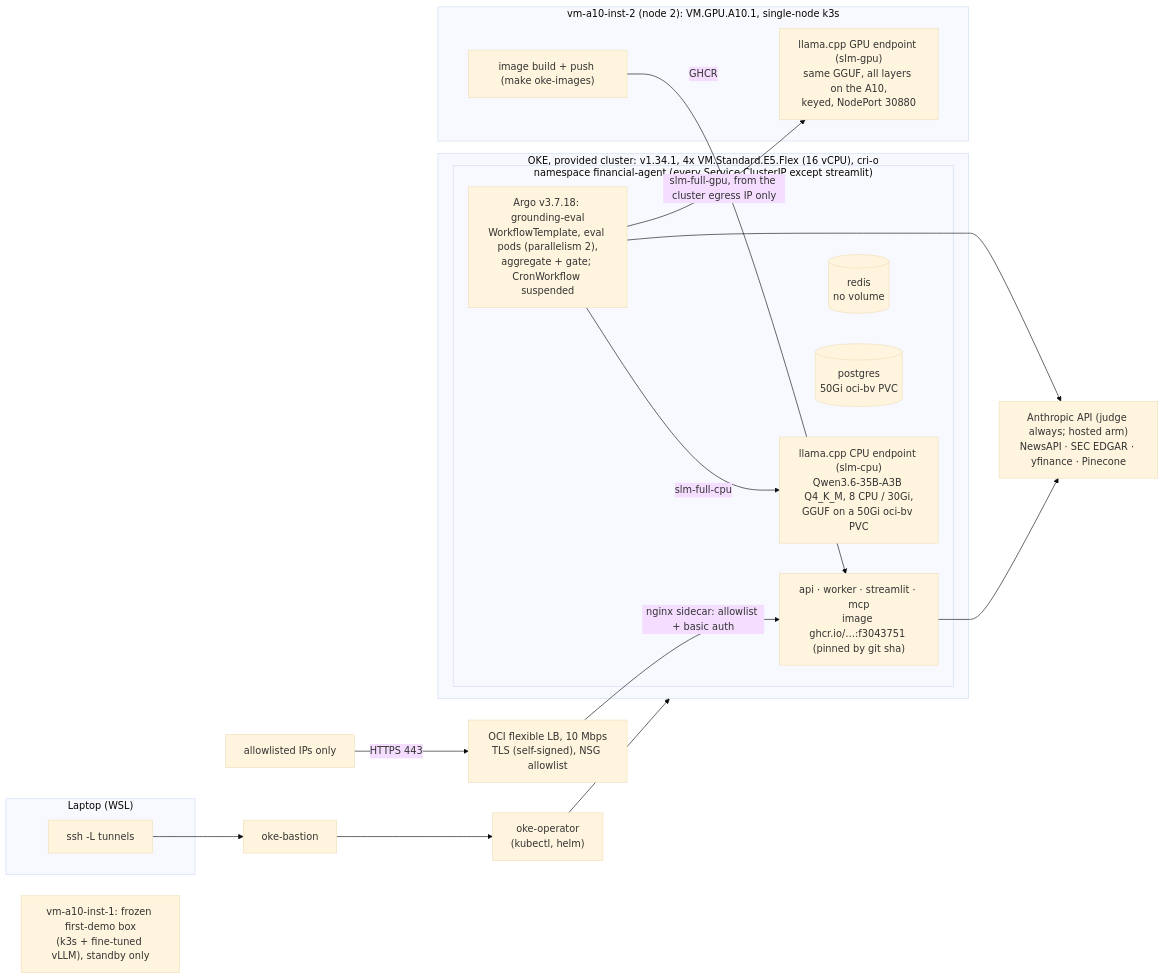
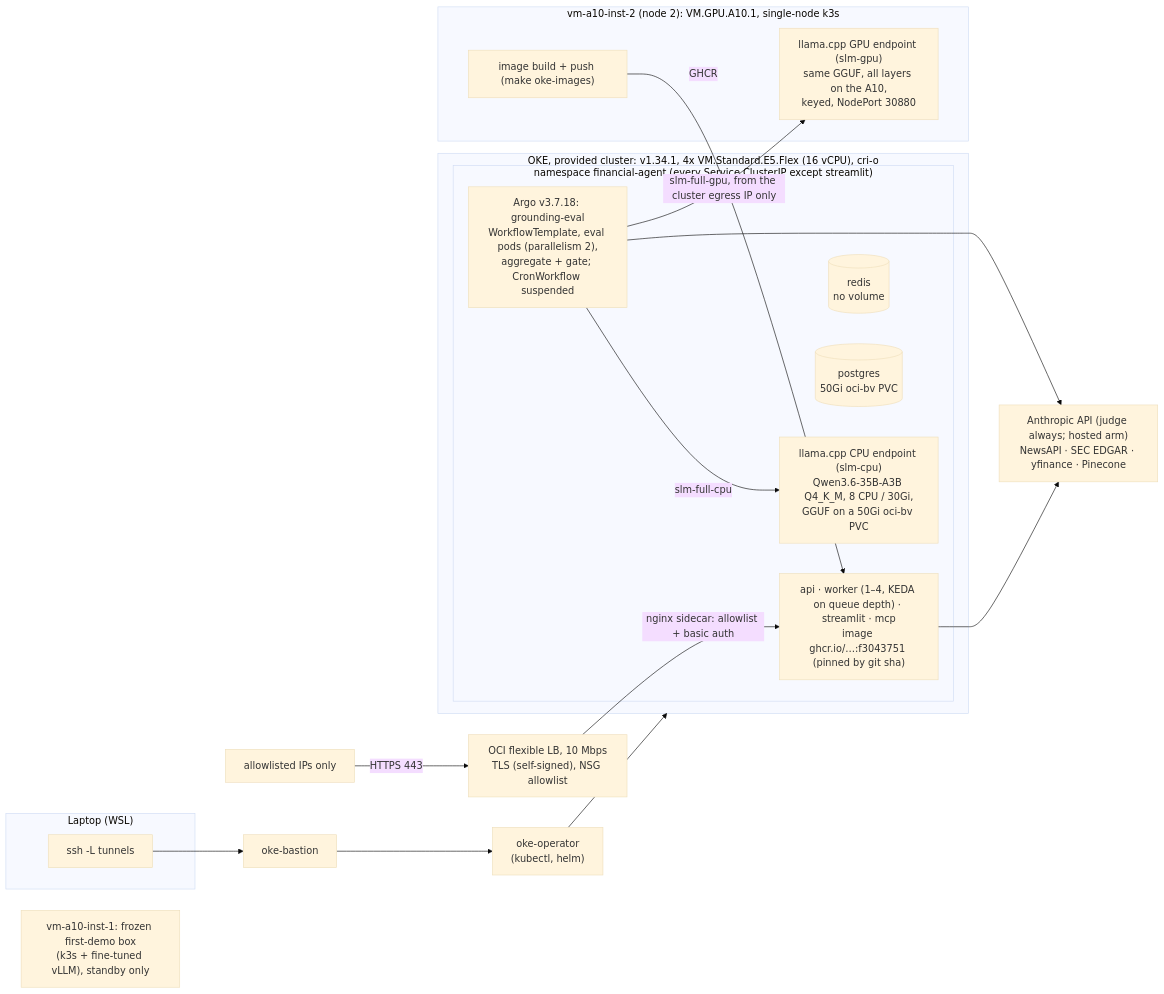
Before and after one commit to schen9999/financial-agent: the second of 3 diagrams in docs/architecture.md, drawn with Mermaid (base theme). The commit also changed other lines of this file and 15 other files, not shown here.

````diff
--- a/docs/architecture.md
+++ b/docs/architecture.md
@@ -97,34 +97,34 @@
 ```mermaid
 flowchart LR
     subgraph laptop ["Laptop (WSL)"]
         ssh["ssh -L tunnels"]
     end
     bastion["oke-bastion"] --> operator["oke-operator<br/>(kubectl, helm)"]
     ssh --> bastion
 
     subgraph oke ["OKE, provided cluster: v1.34.1, 4x VM.Standard.E5.Flex (16 vCPU), cri-o"]
         subgraph ns ["namespace financial-agent (every Service ClusterIP except streamlit)"]
-            app["api · worker · streamlit · mcp<br/>image ghcr.io/…:f3043751 (pinned by git sha)"]
+            app["api · worker (1–4, KEDA on queue depth) · streamlit · mcp<br/>image ghcr.io/…:f3043751 (pinned by git sha)"]
             redis[("redis<br/>no volume")]
             pg[("postgres<br/>50Gi oci-bv PVC")]
             argo["Argo v3.7.18: grounding-eval<br/>WorkflowTemplate, eval pods (parallelism 2),<br/>aggregate + gate; CronWorkflow suspended"]
             cpu["llama.cpp CPU endpoint (slm-cpu)<br/>Qwen3.6-35B-A3B Q4_K_M, 8 CPU / 30Gi,<br/>GGUF on a 50Gi oci-bv PVC"]
         end
     end
     operator --> oke
     viewers["allowlisted IPs only"] -->|"HTTPS 443"| lb["OCI flexible LB, 10 Mbps<br/>TLS (self-signed), NSG allowlist"]
     lb -->|"nginx sidecar: allowlist + basic auth"| app
 
     subgraph node2 ["vm-a10-inst-2 (node 2): VM.GPU.A10.1, single-node k3s"]
         gpu["llama.cpp GPU endpoint (slm-gpu)<br/>same GGUF, all layers on the A10,<br/>keyed, NodePort 30880"]
         build["image build + push (make oke-images)"]
     end
     node1["vm-a10-inst-1: frozen first-demo box<br/>(k3s + fine-tuned vLLM), standby only"]
 
     ext["Anthropic API (judge always; hosted arm)<br/>NewsAPI · SEC EDGAR · yfinance · Pinecone"]
     argo -->|"slm-full-cpu"| cpu
     argo -->|"slm-full-gpu, from the cluster egress IP only"| gpu
     argo --> ext
     app --> ext
     build -->|"GHCR"| app
 ```
````
